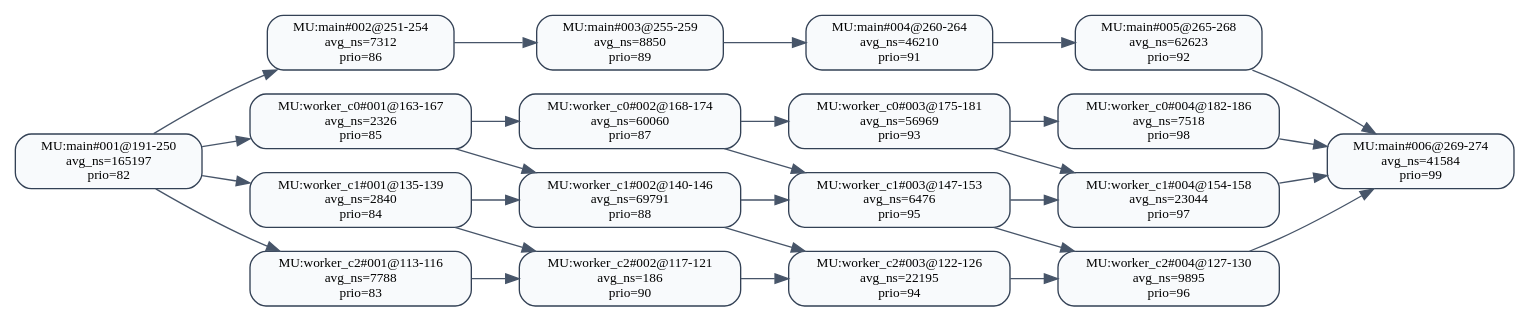
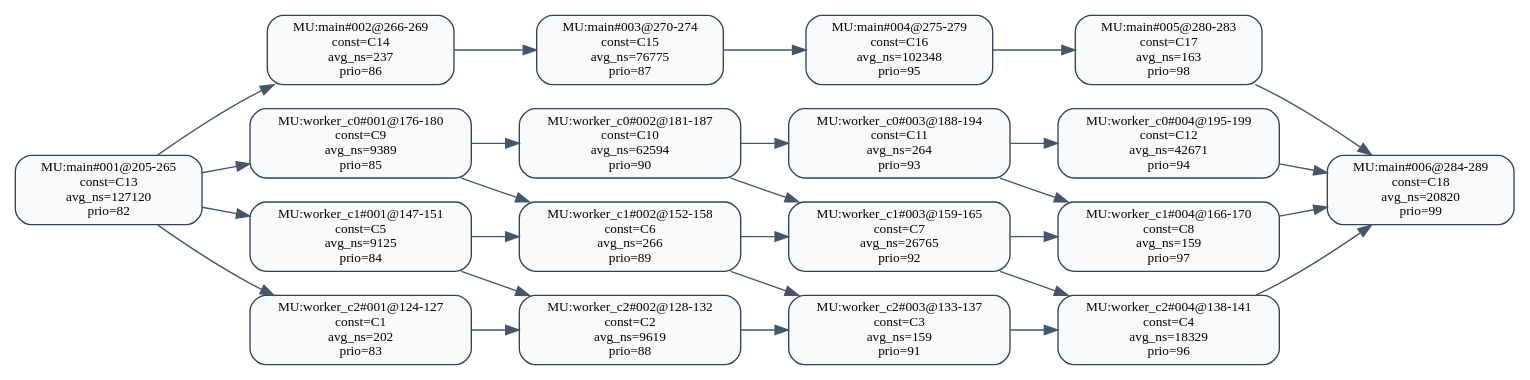
Before and after one commit to RTS-SYSU/DAG-Gen: the diagram in 中间结果/zhang3/pipeline/validation/level2/effective_line_merge/t_level/dag_seg_annotated.dot, drawn with Graphviz. The commit also changed 11697 other files, not shown here.

```diff
--- a/中间结果/zhang3/pipeline/validation/level2/effective_line_merge/t_level/dag_seg_annotated.dot
+++ b/中间结果/zhang3/pipeline/validation/level2/effective_line_merge/t_level/dag_seg_annotated.dot
@@ -1,49 +1,49 @@
 digraph dag_seg_annotated {
   rankdir=LR;
   node [shape=box, style="rounded,filled", fillcolor="#F8FAFC", color="#334155", fontsize=10];
   edge [color="#475569"];
-  "MU:main#001@191-250" [label="MU:main#001@191-250\navg_ns=165197\nprio=82"];
-  "MU:main#002@251-254" [label="MU:main#002@251-254\navg_ns=7312\nprio=86"];
-  "MU:main#003@255-259" [label="MU:main#003@255-259\navg_ns=8850\nprio=89"];
-  "MU:main#004@260-264" [label="MU:main#004@260-264\navg_ns=46210\nprio=91"];
-  "MU:main#005@265-268" [label="MU:main#005@265-268\navg_ns=62623\nprio=92"];
-  "MU:main#006@269-274" [label="MU:main#006@269-274\navg_ns=41584\nprio=99"];
-  "MU:worker_c0#001@163-167" [label="MU:worker_c0#001@163-167\navg_ns=2326\nprio=85"];
-  "MU:worker_c0#002@168-174" [label="MU:worker_c0#002@168-174\navg_ns=60060\nprio=87"];
-  "MU:worker_c0#003@175-181" [label="MU:worker_c0#003@175-181\navg_ns=56969\nprio=93"];
-  "MU:worker_c0#004@182-186" [label="MU:worker_c0#004@182-186\navg_ns=7518\nprio=98"];
-  "MU:worker_c1#001@135-139" [label="MU:worker_c1#001@135-139\navg_ns=2840\nprio=84"];
-  "MU:worker_c1#002@140-146" [label="MU:worker_c1#002@140-146\navg_ns=69791\nprio=88"];
-  "MU:worker_c1#003@147-153" [label="MU:worker_c1#003@147-153\navg_ns=6476\nprio=95"];
-  "MU:worker_c1#004@154-158" [label="MU:worker_c1#004@154-158\navg_ns=23044\nprio=97"];
-  "MU:worker_c2#001@113-116" [label="MU:worker_c2#001@113-116\navg_ns=7788\nprio=83"];
-  "MU:worker_c2#002@117-121" [label="MU:worker_c2#002@117-121\navg_ns=186\nprio=90"];
-  "MU:worker_c2#003@122-126" [label="MU:worker_c2#003@122-126\navg_ns=22195\nprio=94"];
-  "MU:worker_c2#004@127-130" [label="MU:worker_c2#004@127-130\navg_ns=9895\nprio=96"];
-  "MU:worker_c2#001@113-116" -> "MU:worker_c2#002@117-121";
-  "MU:worker_c2#002@117-121" -> "MU:worker_c2#003@122-126";
-  "MU:worker_c2#003@122-126" -> "MU:worker_c2#004@127-130";
-  "MU:worker_c1#001@135-139" -> "MU:worker_c1#002@140-146";
-  "MU:worker_c1#002@140-146" -> "MU:worker_c1#003@147-153";
-  "MU:worker_c1#003@147-153" -> "MU:worker_c1#004@154-158";
-  "MU:worker_c0#001@163-167" -> "MU:worker_c0#002@168-174";
-  "MU:worker_c0#002@168-174" -> "MU:worker_c0#003@175-181";
-  "MU:worker_c0#003@175-181" -> "MU:worker_c0#004@182-186";
-  "MU:main#001@191-250" -> "MU:main#002@251-254";
-  "MU:main#002@251-254" -> "MU:main#003@255-259";
-  "MU:main#003@255-259" -> "MU:main#004@260-264";
-  "MU:main#004@260-264" -> "MU:main#005@265-268";
-  "MU:main#005@265-268" -> "MU:main#006@269-274";
-  "MU:main#001@191-250" -> "MU:worker_c0#001@163-167";
-  "MU:main#001@191-250" -> "MU:worker_c1#001@135-139";
-  "MU:main#001@191-250" -> "MU:worker_c2#001@113-116";
-  "MU:worker_c0#004@182-186" -> "MU:main#006@269-274";
-  "MU:worker_c1#004@154-158" -> "MU:main#006@269-274";
-  "MU:worker_c2#004@127-130" -> "MU:main#006@269-274";
-  "MU:worker_c1#001@135-139" -> "MU:worker_c2#002@117-121";
-  "MU:worker_c1#002@140-146" -> "MU:worker_c2#003@122-126";
-  "MU:worker_c1#003@147-153" -> "MU:worker_c2#004@127-130";
-  "MU:worker_c0#001@163-167" -> "MU:worker_c1#002@140-146";
-  "MU:worker_c0#002@168-174" -> "MU:worker_c1#003@147-153";
-  "MU:worker_c0#003@175-181" -> "MU:worker_c1#004@154-158";
+  "MU:main#001@205-265" [label="MU:main#001@205-265\nconst=C13\navg_ns=127120\nprio=82"];
+  "MU:main#002@266-269" [label="MU:main#002@266-269\nconst=C14\navg_ns=237\nprio=86"];
+  "MU:main#003@270-274" [label="MU:main#003@270-274\nconst=C15\navg_ns=76775\nprio=87"];
+  "MU:main#004@275-279" [label="MU:main#004@275-279\nconst=C16\navg_ns=102348\nprio=95"];
+  "MU:main#005@280-283" [label="MU:main#005@280-283\nconst=C17\navg_ns=163\nprio=98"];
+  "MU:main#006@284-289" [label="MU:main#006@284-289\nconst=C18\navg_ns=20820\nprio=99"];
+  "MU:worker_c0#001@176-180" [label="MU:worker_c0#001@176-180\nconst=C9\navg_ns=9389\nprio=85"];
+  "MU:worker_c0#002@181-187" [label="MU:worker_c0#002@181-187\nconst=C10\navg_ns=62594\nprio=90"];
+  "MU:worker_c0#003@188-194" [label="MU:worker_c0#003@188-194\nconst=C11\navg_ns=264\nprio=93"];
+  "MU:worker_c0#004@195-199" [label="MU:worker_c0#004@195-199\nconst=C12\navg_ns=42671\nprio=94"];
+  "MU:worker_c1#001@147-151" [label="MU:worker_c1#001@147-151\nconst=C5\navg_ns=9125\nprio=84"];
+  "MU:worker_c1#002@152-158" [label="MU:worker_c1#002@152-158\nconst=C6\navg_ns=266\nprio=89"];
+  "MU:worker_c1#003@159-165" [label="MU:worker_c1#003@159-165\nconst=C7\navg_ns=26765\nprio=92"];
+  "MU:worker_c1#004@166-170" [label="MU:worker_c1#004@166-170\nconst=C8\navg_ns=159\nprio=97"];
+  "MU:worker_c2#001@124-127" [label="MU:worker_c2#001@124-127\nconst=C1\navg_ns=202\nprio=83"];
+  "MU:worker_c2#002@128-132" [label="MU:worker_c2#002@128-132\nconst=C2\navg_ns=9619\nprio=88"];
+  "MU:worker_c2#003@133-137" [label="MU:worker_c2#003@133-137\nconst=C3\navg_ns=159\nprio=91"];
+  "MU:worker_c2#004@138-141" [label="MU:worker_c2#004@138-141\nconst=C4\navg_ns=18329\nprio=96"];
+  "MU:worker_c2#001@124-127" -> "MU:worker_c2#002@128-132";
+  "MU:worker_c2#002@128-132" -> "MU:worker_c2#003@133-137";
+  "MU:worker_c2#003@133-137" -> "MU:worker_c2#004@138-141";
+  "MU:worker_c1#001@147-151" -> "MU:worker_c1#002@152-158";
+  "MU:worker_c1#002@152-158" -> "MU:worker_c1#003@159-165";
+  "MU:worker_c1#003@159-165" -> "MU:worker_c1#004@166-170";
+  "MU:worker_c0#001@176-180" -> "MU:worker_c0#002@181-187";
+  "MU:worker_c0#002@181-187" -> "MU:worker_c0#003@188-194";
+  "MU:worker_c0#003@188-194" -> "MU:worker_c0#004@195-199";
+  "MU:main#001@205-265" -> "MU:main#002@266-269";
+  "MU:main#002@266-269" -> "MU:main#003@270-274";
+  "MU:main#003@270-274" -> "MU:main#004@275-279";
+  "MU:main#004@275-279" -> "MU:main#005@280-283";
+  "MU:main#005@280-283" -> "MU:main#006@284-289";
+  "MU:main#001@205-265" -> "MU:worker_c0#001@176-180";
+  "MU:main#001@205-265" -> "MU:worker_c1#001@147-151";
+  "MU:main#001@205-265" -> "MU:worker_c2#001@124-127";
+  "MU:worker_c0#004@195-199" -> "MU:main#006@284-289";
+  "MU:worker_c1#004@166-170" -> "MU:main#006@284-289";
+  "MU:worker_c2#004@138-141" -> "MU:main#006@284-289";
+  "MU:worker_c1#001@147-151" -> "MU:worker_c2#002@128-132";
+  "MU:worker_c1#002@152-158" -> "MU:worker_c2#003@133-137";
+  "MU:worker_c1#003@159-165" -> "MU:worker_c2#004@138-141";
+  "MU:worker_c0#001@176-180" -> "MU:worker_c1#002@152-158";
+  "MU:worker_c0#002@181-187" -> "MU:worker_c1#003@159-165";
+  "MU:worker_c0#003@188-194" -> "MU:worker_c1#004@166-170";
 }
```
